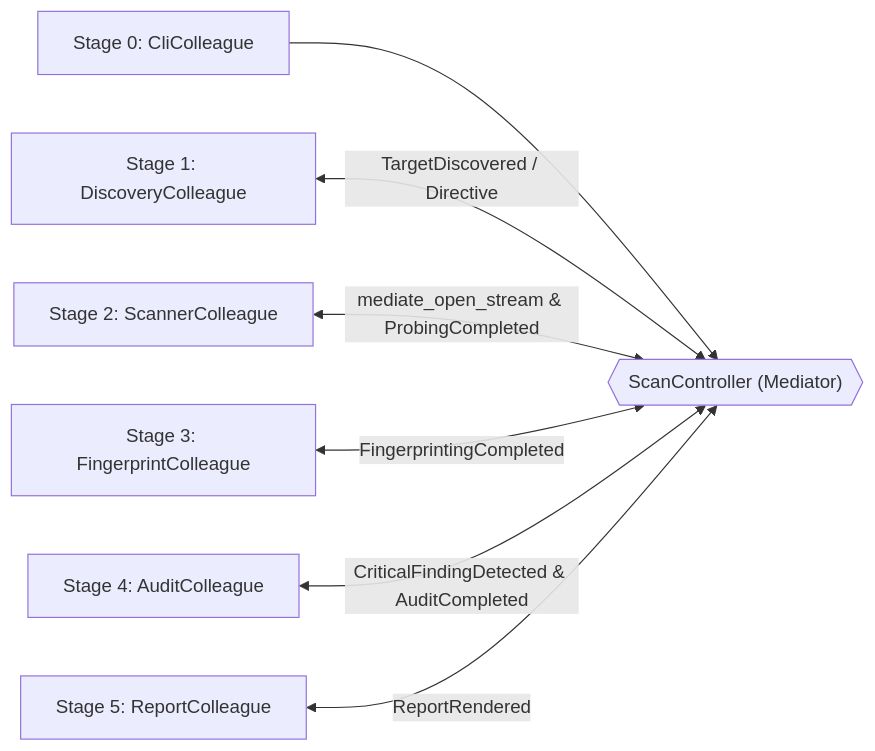
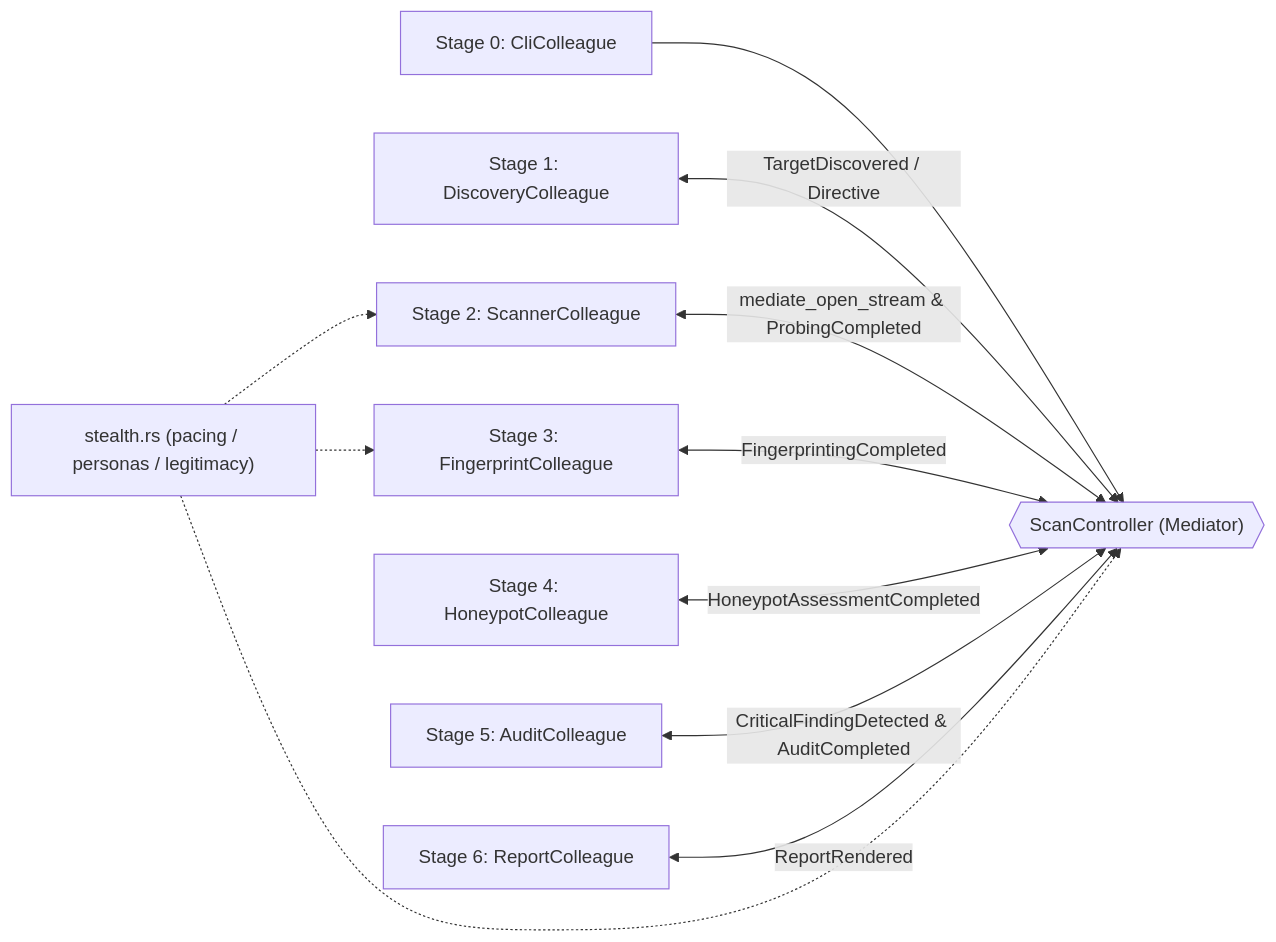
The diagram in README.md (hoxtxnDev/HXSCAN-RUST), drawn with Mermaid before and after one commit. The commit also changed other lines of this file and 20 other files, not shown here.

First line of the commit message:
feat(v2.1): stealth/mutable modes, anti-AI legitimacy envelope and honeypot classification

````diff
--- a/README.md
+++ b/README.md
@@ -127,9 +297,13 @@
 ```mermaid
 flowchart LR
     CLI["Stage 0: CliColleague"] --> CTRL{{"ScanController (Mediator)"}}
     S1["Stage 1: DiscoveryColleague"] <-->|"TargetDiscovered / Directive"| CTRL
     S2["Stage 2: ScannerColleague"] <-->|"mediate_open_stream & ProbingCompleted"| CTRL
     S3["Stage 3: FingerprintColleague"] <-->|"FingerprintingCompleted"| CTRL
-    S4["Stage 4: AuditColleague"] <-->|"CriticalFindingDetected & AuditCompleted"| CTRL
-    S5["Stage 5: ReportColleague"] <-->|"ReportRendered"| CTRL
+    S4["Stage 4: HoneypotColleague"] <-->|"HoneypotAssessmentCompleted"| CTRL
+    S5["Stage 5: AuditColleague"] <-->|"CriticalFindingDetected & AuditCompleted"| CTRL
+    S6["Stage 6: ReportColleague"] <-->|"ReportRendered"| CTRL
+    ST["stealth.rs (pacing / personas / legitimacy)"] -.-> S2
+    ST -.-> S3
+    ST -.-> CTRL
 ```
````
